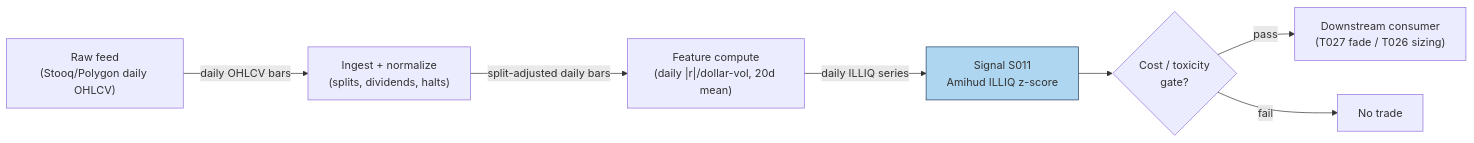
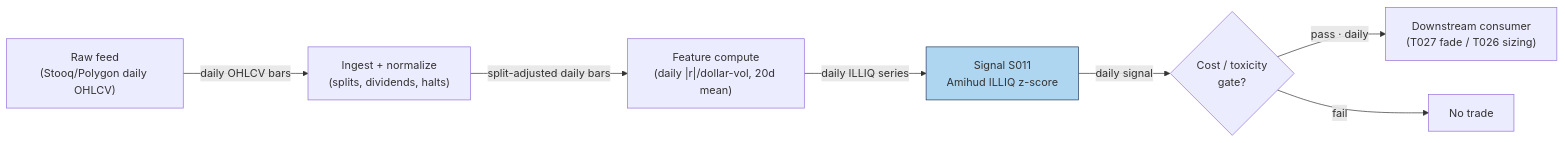
The diagram in batches/SB2/S011.md (praveenguptahcl/quant-signals-deep), drawn with Mermaid before and after one commit. The commit also changed other lines of this file and 367 other files, not shown here.

````diff
--- a/batches/SB2/S011.md
+++ b/batches/SB2/S011.md
@@ -187,10 +184,10 @@
 ```mermaid
 flowchart LR
     FEED["Raw feed<br/>(Stooq/Polygon daily OHLCV)"] -->|"daily OHLCV bars"| ING["Ingest + normalize<br/>(splits, dividends, halts)"]
     ING -->|"split-adjusted daily bars"| FEAT["Feature compute<br/>(daily |r|/dollar-vol, 20d mean)"]
     FEAT -->|"daily ILLIQ series"| SIG["Signal S011<br/>Amihud ILLIQ z-score"]
-    SIG --> GATE{"Cost / toxicity<br/>gate?"}
-    GATE -->|pass| OUT["Downstream consumer<br/>(T027 fade / T026 sizing)"]
+    SIG -->|"daily signal"| GATE{"Cost / toxicity<br/>gate?"}
+    GATE -->|"pass · daily"| OUT["Downstream consumer<br/>(T027 fade / T026 sizing)"]
     GATE -->|fail| DROP["No trade"]
     style SIG fill:#aed6f1,stroke:#1f3a5f
 ```
````
